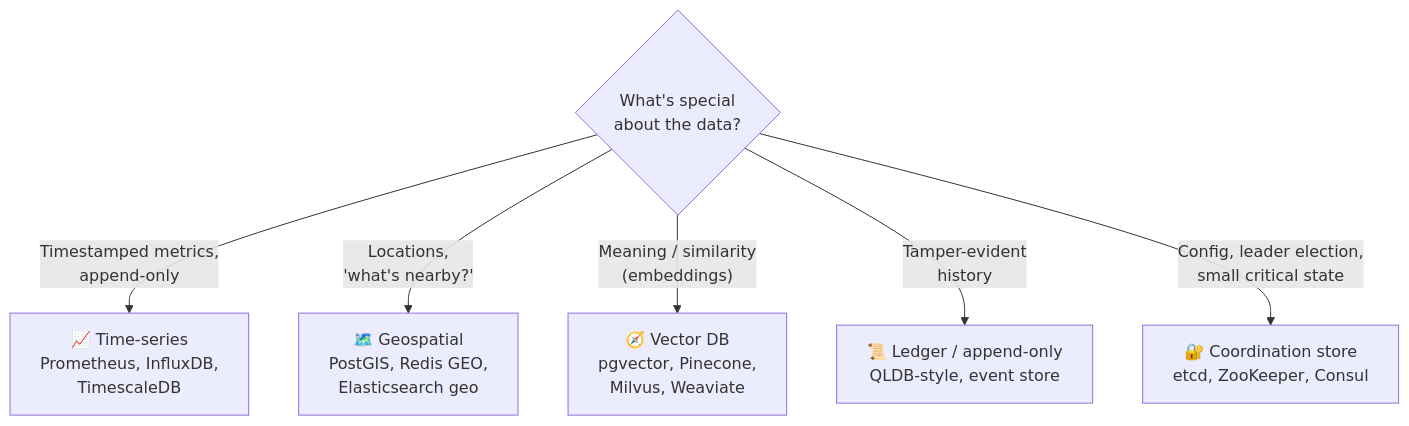
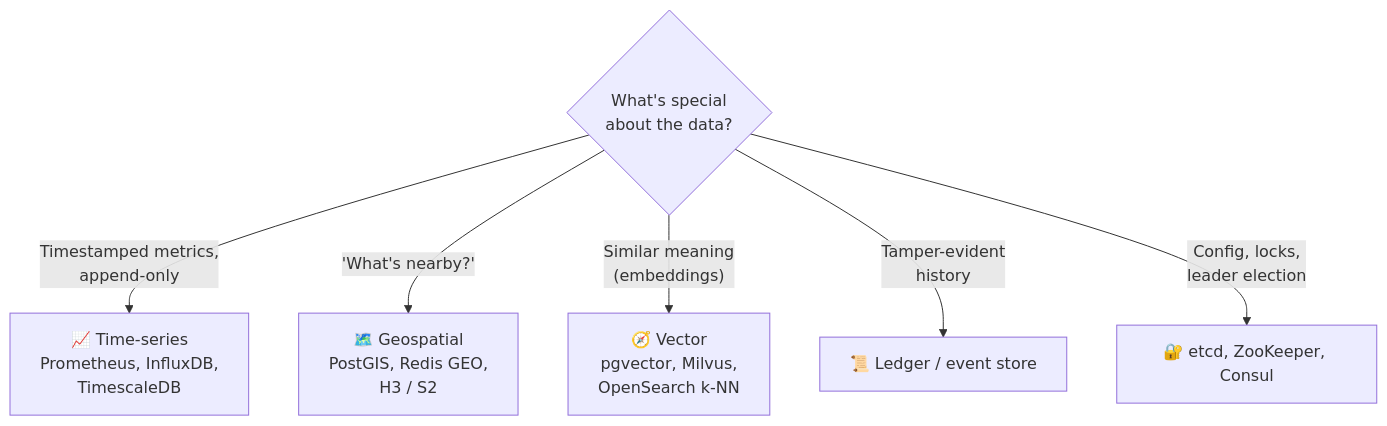
One commit to winnyboy5/System-Design-from-Atoms changed the diagram in phases/05-databases/044-specialized-databases.md. Above: the diagram before and after it, drawn with Mermaid. The commit also changed other lines of this file and 11 other files, not shown here.

````diff
--- a/phases/05-databases/044-specialized-databases.md
+++ b/phases/05-databases/044-specialized-databases.md
@@ -23,8 +35,8 @@
 ```mermaid
 flowchart TD
     Q{"What's special<br/>about the data?"} -->|"Timestamped metrics,<br/>append-only"| TS["📈 Time-series<br/>Prometheus, InfluxDB,<br/>TimescaleDB"]
-    Q -->|"Locations,<br/>'what's nearby?'"| GEO["🗺️ Geospatial<br/>PostGIS, Redis GEO,<br/>Elasticsearch geo"]
-    Q -->|"Meaning / similarity<br/>(embeddings)"| VEC["🧭 Vector DB<br/>pgvector, Pinecone,<br/>Milvus, Weaviate"]
-    Q -->|"Tamper-evident<br/>history"| LED["📜 Ledger / append-only<br/>QLDB-style, event store"]
-    Q -->|"Config, leader election,<br/>small critical state"| CO["🔐 Coordination store<br/>etcd, ZooKeeper, Consul"]
+    Q -->|"'What's nearby?'"| GEO["🗺️ Geospatial<br/>PostGIS, Redis GEO,<br/>H3 / S2"]
+    Q -->|"Similar meaning<br/>(embeddings)"| VEC["🧭 Vector<br/>pgvector, Milvus,<br/>OpenSearch k-NN"]
+    Q -->|"Tamper-evident<br/>history"| LED["📜 Ledger / event store"]
+    Q -->|"Config, locks,<br/>leader election"| CO["🔐 etcd, ZooKeeper, Consul"]
 ```
````
